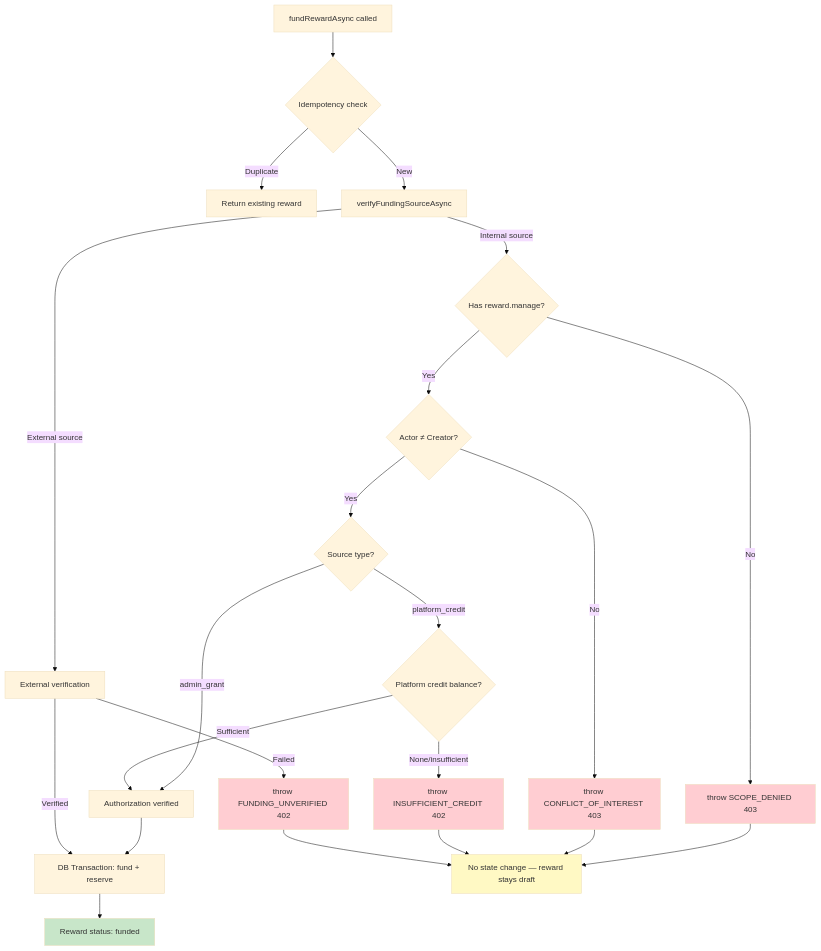
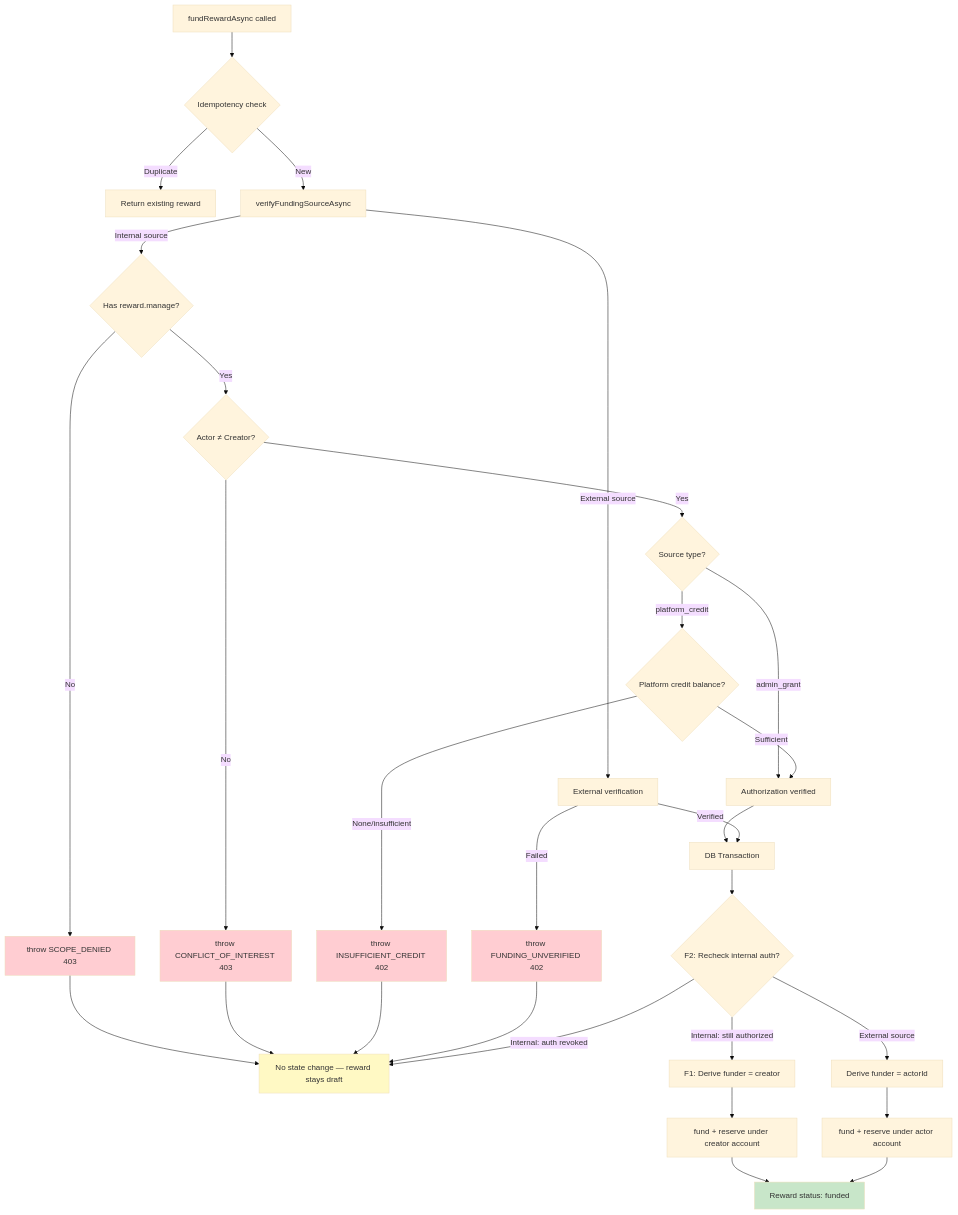
Before and after one commit to SM-Web-Systems/lms-crypto-production: the second of 3 diagrams in docs/superpowers/specs/2026-10-27-W01-R1-internal-funding-authorization.md, drawn with Mermaid (base theme). The commit also changed other lines of this file and 5 other files, not shown here.

````diff
--- a/docs/superpowers/specs/2026-10-27-W01-R1-internal-funding-authorization.md
+++ b/docs/superpowers/specs/2026-10-27-W01-R1-internal-funding-authorization.md
@@ -277,31 +352,38 @@
 ```mermaid
 flowchart TD
     A[fundRewardAsync called] --> B{Idempotency check}
     B -->|Duplicate| C[Return existing reward]
     B -->|New| D[verifyFundingSourceAsync]
     D -->|External source| E[External verification]
     D -->|Internal source| F{Has reward.manage?}
     F -->|No| G[throw SCOPE_DENIED 403]
     F -->|Yes| H{Actor ≠ Creator?}
     H -->|No| I[throw CONFLICT_OF_INTEREST 403]
     H -->|Yes| J{Source type?}
     J -->|admin_grant| K[Authorization verified]
     J -->|platform_credit| L{Platform credit balance?}
     L -->|None/insufficient| M[throw INSUFFICIENT_CREDIT 402]
     L -->|Sufficient| K
-    K --> N[DB Transaction: fund + reserve]
+    K --> N[DB Transaction]
     E -->|Verified| N
     E -->|Failed| O[throw FUNDING_UNVERIFIED 402]
     G --> P[No state change — reward stays draft]
     I --> P
     M --> P
     O --> P
-    N --> Q[Reward status: funded]
+    N --> N1{F2: Recheck internal auth?}
+    N1 -->|External source| N3[Derive funder = actorId]
+    N1 -->|Internal: still authorized| N2[F1: Derive funder = creator]
+    N1 -->|Internal: auth revoked| P
+    N2 --> N4[fund + reserve under creator account]
+    N3 --> N4b[fund + reserve under actor account]
+    N4 --> Q[Reward status: funded]
+    N4b --> Q
 
     style G fill:#ffcdd2
     style I fill:#ffcdd2
     style M fill:#ffcdd2
     style O fill:#ffcdd2
     style Q fill:#c8e6c9
     style P fill:#fff9c4
 ```
````
